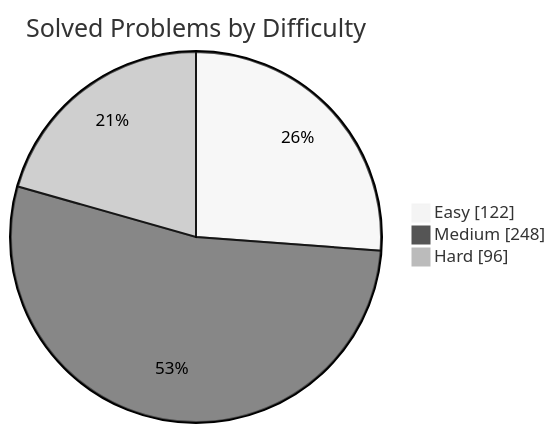
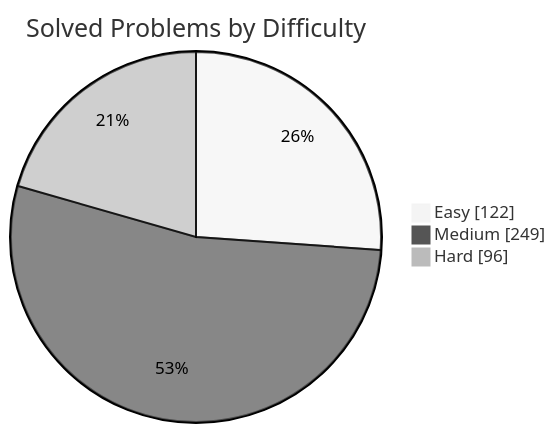
Before and after one commit to manikantbindass/DSA-Preparation-FAANG: the first of 2 diagrams in README.md, drawn with Mermaid (neutral theme). The commit also changed other lines of this file and 1 other file, not shown here.

````diff
--- a/README.md
+++ b/README.md
@@ -77,7 +77,7 @@
 ```mermaid
 pie showData
     title Solved Problems by Difficulty
     "Easy" : 122
-    "Medium" : 248
+    "Medium" : 249
     "Hard" : 96
 ```
````
